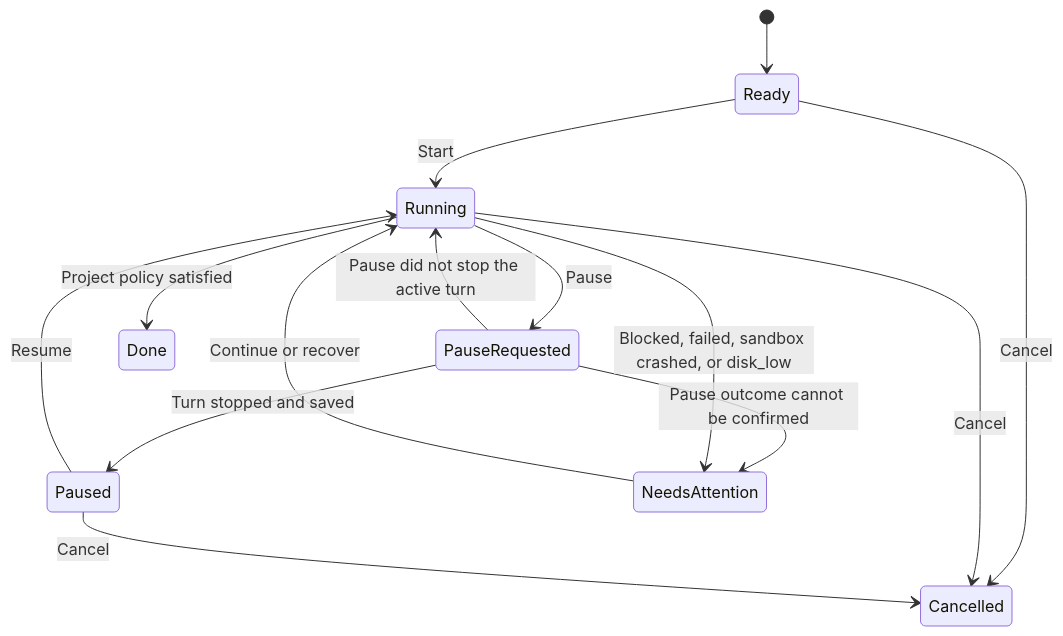
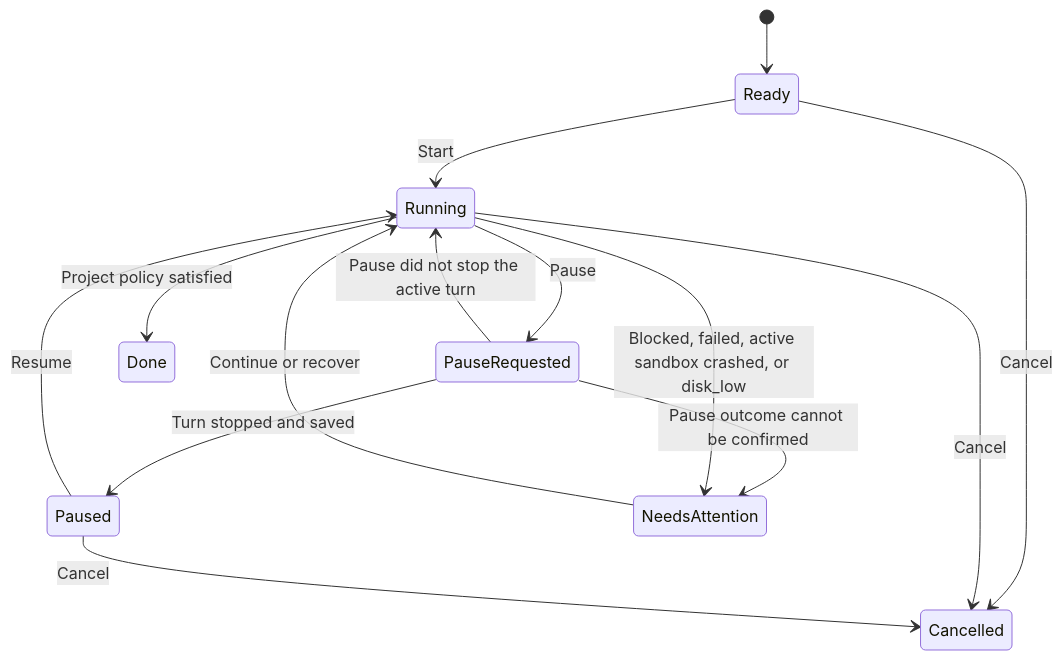
The second of 2 diagrams in PRODUCT.md (DanAakesen/jarvis), drawn with Mermaid before and after one commit. The commit also changed other lines of this file and 14 other files, not shown here.

````diff
--- a/PRODUCT.md
+++ b/PRODUCT.md
@@ -72,16 +72,16 @@
 ```mermaid
 stateDiagram-v2
     [*] --> Ready
     Ready --> Running: Start
     Running --> PauseRequested: Pause
     PauseRequested --> Paused: Turn stopped and saved
     PauseRequested --> Running: Pause did not stop the active turn
     PauseRequested --> NeedsAttention: Pause outcome cannot be confirmed
     Paused --> Running: Resume
-    Running --> NeedsAttention: Blocked, failed, sandbox crashed, or disk_low
+    Running --> NeedsAttention: Blocked, failed, active sandbox crashed, or disk_low
     NeedsAttention --> Running: Continue or recover
     Running --> Done: Project policy satisfied
     Ready --> Cancelled: Cancel
     Running --> Cancelled: Cancel
     Paused --> Cancelled: Cancel
 ```
````
